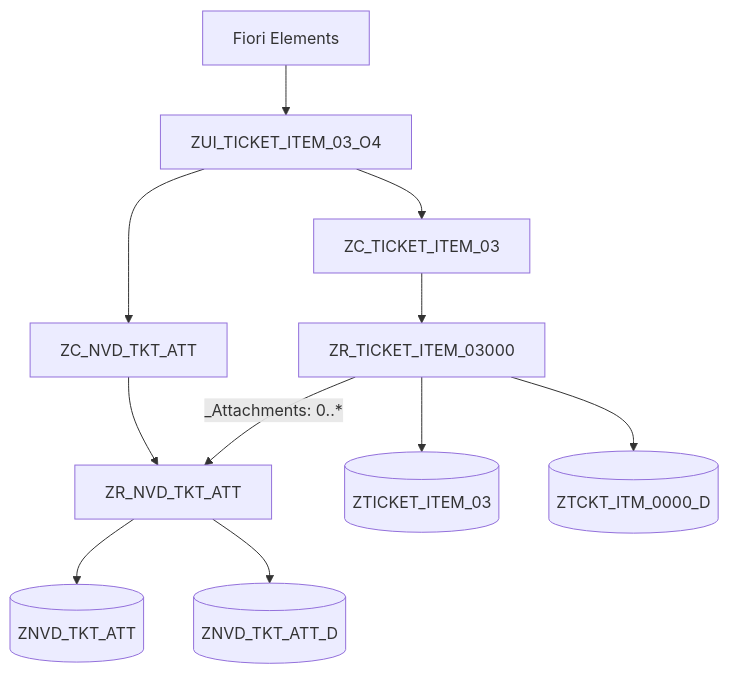
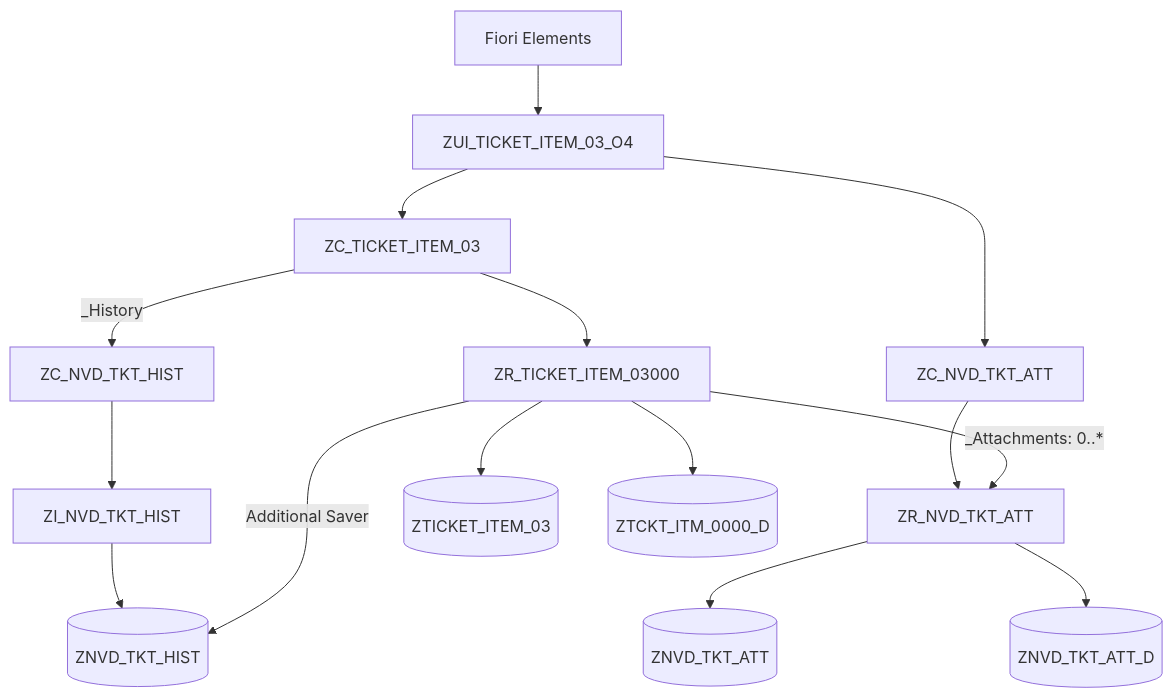
One commit to Richie238/sap-rap-ticket-system changed the diagram in README.md. Above: the diagram before and after it, drawn with Mermaid. The commit also changed other lines of this file and 14 other files, not shown here.

First line of the commit message:
Synchronize NovaDesk ticket history and acceptance results

````diff
--- a/README.md
+++ b/README.md
@@ -28,13 +28,17 @@
 ```mermaid
 flowchart TD
   UI[Fiori Elements] --> Service[ZUI_TICKET_ITEM_03_O4]
   Service --> Ticket[ZC_TICKET_ITEM_03]
   Service --> Attach[ZC_NVD_TKT_ATT]
+  Ticket -->|_History| History[ZC_NVD_TKT_HIST]
+  History --> HistoryInterface[ZI_NVD_TKT_HIST]
+  HistoryInterface --> Audit[(ZNVD_TKT_HIST)]
+  Root -->|Additional Saver| Audit
   Ticket --> Root[ZR_TICKET_ITEM_03000]
   Attach --> Child[ZR_NVD_TKT_ATT]
   Root -->|_Attachments: 0..*| Child
   Root --> Item[(ZTICKET_ITEM_03)]
   Root --> Draft[(ZTCKT_ITM_0000_D)]
   Child --> Files[(ZNVD_TKT_ATT)]
   Child --> FileDraft[(ZNVD_TKT_ATT_D)]
 ```
````
